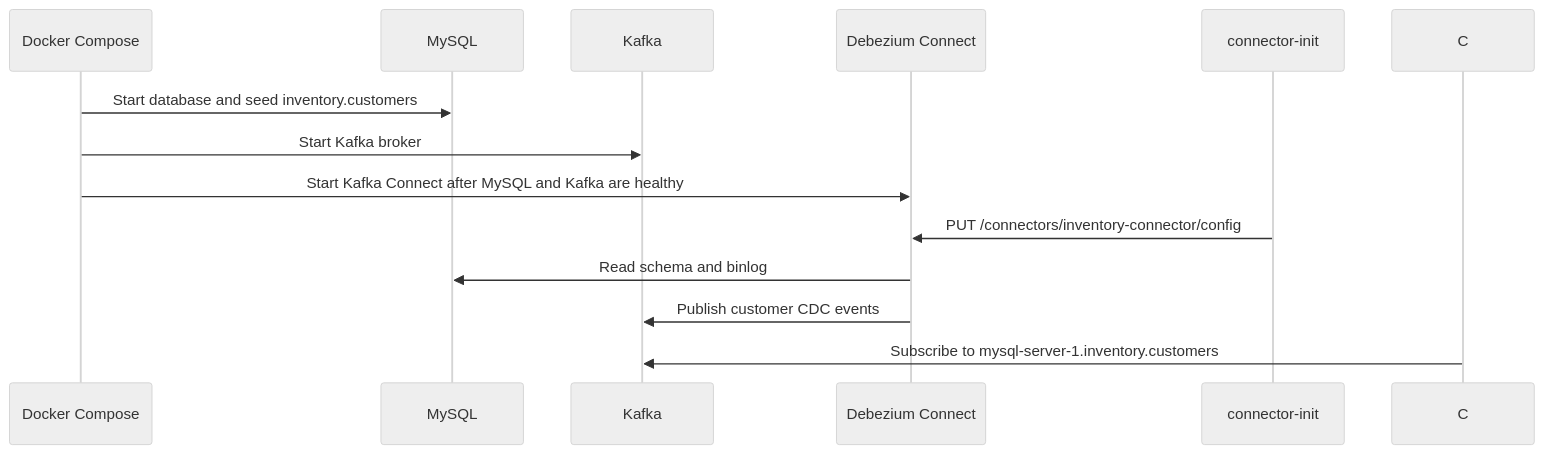
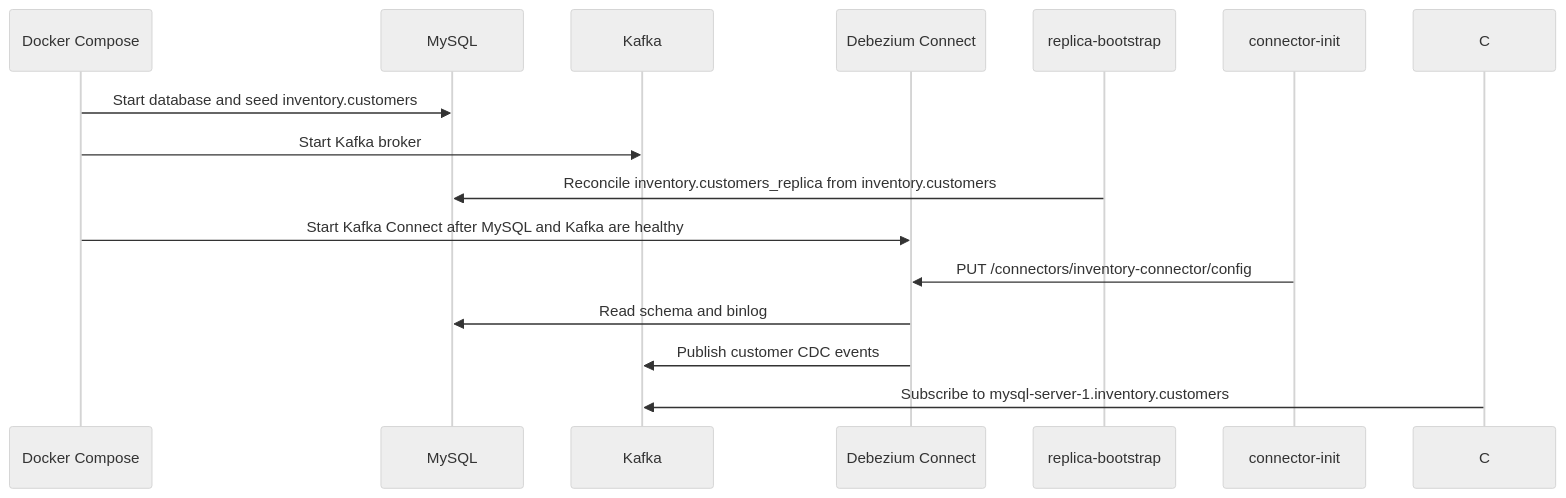
The first of 2 diagrams in docs/cdc-flow.md (bm295/cdc), drawn with Mermaid (neutral theme) before and after one commit. The commit also changed other lines of this file and 26 other files, not shown here.

````diff
--- a/docs/cdc-flow.md
+++ b/docs/cdc-flow.md
@@ -34,17 +7,19 @@
 ```mermaid
 sequenceDiagram
     participant Compose as Docker Compose
     participant MySQL as MySQL
     participant Kafka as Kafka
     participant Connect as Debezium Connect
+    participant Bootstrap as replica-bootstrap
     participant Init as connector-init
     participant Consumer as C# consumer
 
     Compose->>MySQL: Start database and seed inventory.customers
     Compose->>Kafka: Start Kafka broker
+    Bootstrap->>MySQL: Reconcile inventory.customers_replica from inventory.customers
     Compose->>Connect: Start Kafka Connect after MySQL and Kafka are healthy
     Init->>Connect: PUT /connectors/inventory-connector/config
     Connect->>MySQL: Read schema and binlog
     Connect->>Kafka: Publish customer CDC events
     Consumer->>Kafka: Subscribe to mysql-server-1.inventory.customers
 ```
````
